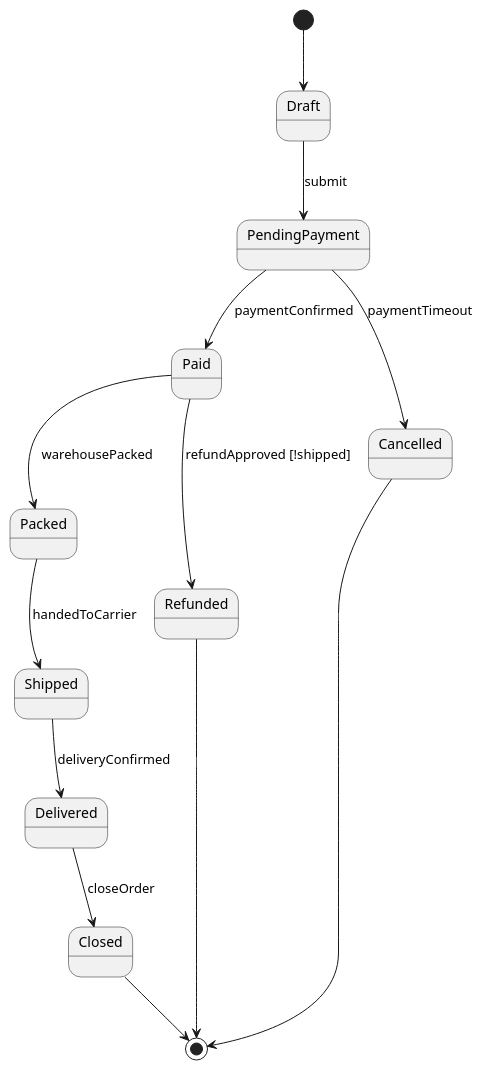
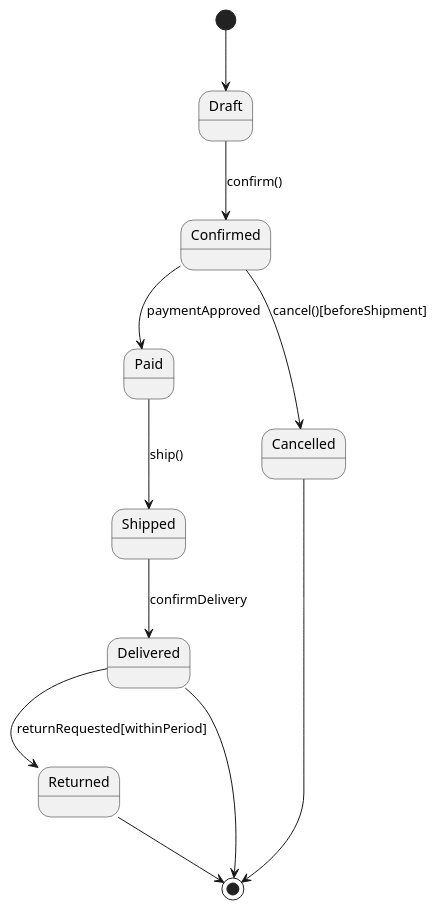
Before and after one commit to iwizy/analyst_kb: the diagram in docs/notations/uml/state-machine.md, drawn with PlantUML. The commit also changed other lines of this file and 20 other files, not shown here.

````diff
--- a/docs/notations/uml/state-machine.md
+++ b/docs/notations/uml/state-machine.md
@@ -30,16 +38,14 @@
 ```kroki-plantuml
 @startuml
 [*] --> Draft
-Draft --> PendingPayment : submit
-PendingPayment --> Paid : paymentConfirmed
-PendingPayment --> Cancelled : paymentTimeout
-Paid --> Packed : warehousePacked
-Packed --> Shipped : handedToCarrier
-Shipped --> Delivered : deliveryConfirmed
-Paid --> Refunded : refundApproved [!shipped]
-Delivered --> Closed : closeOrder
+Draft --> Confirmed : confirm()
+Confirmed --> Paid : paymentApproved
+Confirmed --> Cancelled : cancel()[beforeShipment]
+Paid --> Shipped : ship()
+Shipped --> Delivered : confirmDelivery
+Delivered --> Returned : returnRequested[withinPeriod]
 Cancelled --> [*]
-Refunded --> [*]
-Closed --> [*]
+Returned --> [*]
+Delivered --> [*]
 @enduml
 ```
````
